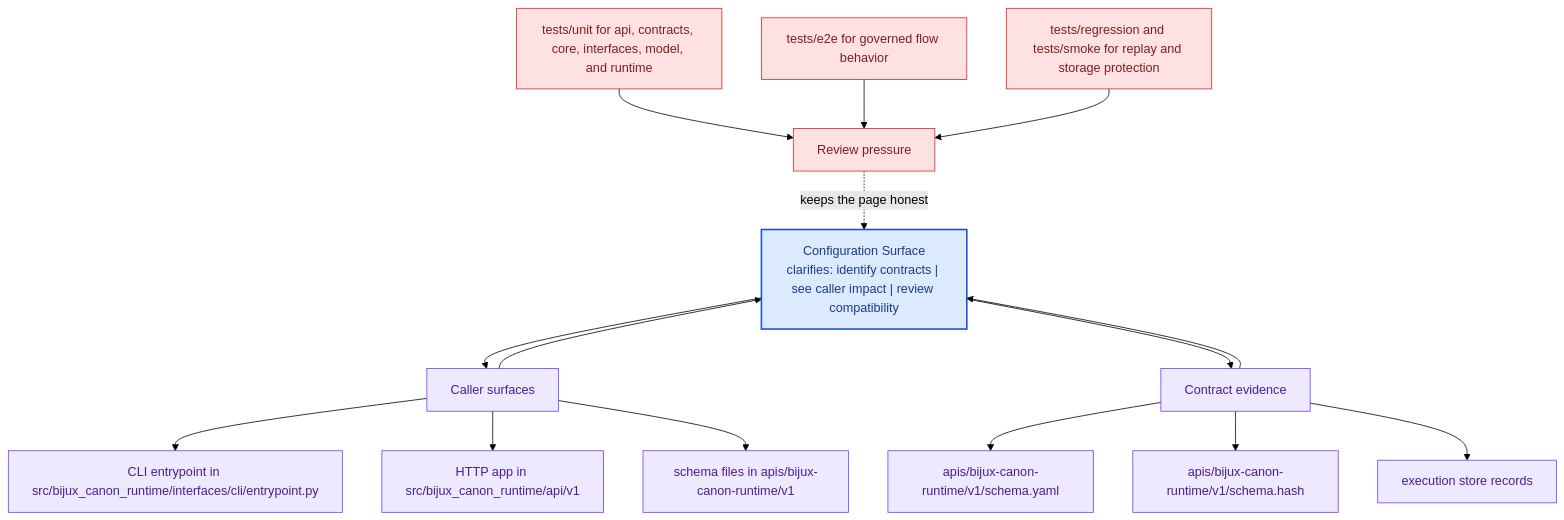
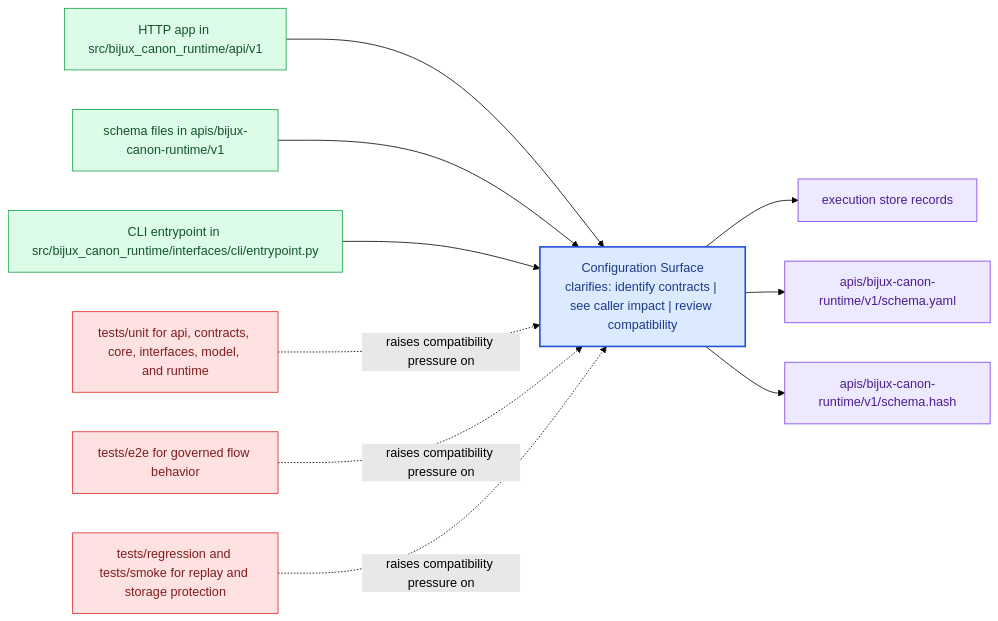
The diagram in docs/bijux-canon-runtime/interfaces/configuration-surface.md (bijux/bijux-canon), drawn with Mermaid (forest theme) before and after one commit. The commit also changed other lines of this file and 281 other files, not shown here.

Commit message:
docs(diagrams): replace repeated mermaid scaffolds with page-specific summaries

````diff
--- a/docs/bijux-canon-runtime/interfaces/configuration-surface.md
+++ b/docs/bijux-canon-runtime/interfaces/configuration-surface.md
@@ -68,41 +23,31 @@
 ```mermaid
-flowchart TB
-    promise["Configuration Surface<br/>clarifies: identify contracts | see caller impact | review compatibility"]
-    classDef promise fill:#dbeafe,stroke:#1d4ed8,color:#1e3a8a,stroke-width:2px;
-    classDef driver fill:#dcfce7,stroke:#16a34a,color:#14532d;
-    classDef constraint fill:#fee2e2,stroke:#dc2626,color:#7f1d1d;
-    classDef ground fill:#ede9fe,stroke:#7c3aed,color:#4c1d95;
-    focus1["Caller surfaces"]
-    focus1 --> promise
-    promise --> focus1
-    focus1_1["CLI entrypoint in src/bijux_canon_runtime/interfaces/cli/entrypoint.py"]
-    focus1 --> focus1_1
-    focus1_2["HTTP app in src/bijux_canon_runtime/api/v1"]
-    focus1 --> focus1_2
-    focus1_3["schema files in apis/bijux-canon-runtime/v1"]
-    focus1 --> focus1_3
-    class focus1 ground;
-    class focus1_1,focus1_2,focus1_3 ground;
-    focus2["Contract evidence"]
-    focus2 --> promise
-    promise --> focus2
-    focus2_1["apis/bijux-canon-runtime/v1/schema.yaml"]
-    focus2 --> focus2_1
-    focus2_2["apis/bijux-canon-runtime/v1/schema.hash"]
-    focus2 --> focus2_2
-    focus2_3["execution store records"]
-    focus2 --> focus2_3
-    class focus2 ground;
-    class focus2_1,focus2_2,focus2_3 ground;
-    focus3["Review pressure"]
-    focus3 -.keeps the page honest.-> promise
-    focus3_1["tests/unit for api, contracts, core, interfaces, model, and runtime"]
-    focus3_1 --> focus3
-    focus3_2["tests/e2e for governed flow behavior"]
-    focus3_2 --> focus3
-    focus3_3["tests/regression and tests/smoke for replay and storage protection"]
-    focus3_3 --> focus3
-    class focus3 constraint;
-    class focus3_1,focus3_2,focus3_3 constraint;
-    class promise promise;
+flowchart LR
+    page["Configuration Surface<br/>clarifies: identify contracts | see caller impact | review compatibility"]
+    classDef page fill:#dbeafe,stroke:#1d4ed8,color:#1e3a8a,stroke-width:2px;
+    classDef positive fill:#dcfce7,stroke:#16a34a,color:#14532d;
+    classDef caution fill:#fee2e2,stroke:#dc2626,color:#7f1d1d;
+    classDef anchor fill:#ede9fe,stroke:#7c3aed,color:#4c1d95;
+    classDef action fill:#fef3c7,stroke:#d97706,color:#7c2d12;
+    surface1["HTTP app in src/bijux_canon_runtime/api/v1"]
+    surface1 --> page
+    surface2["schema files in apis/bijux-canon-runtime/v1"]
+    surface2 --> page
+    surface3["CLI entrypoint in src/bijux_canon_runtime/interfaces/cli/entrypoint.py"]
+    surface3 --> page
+    proof1["execution store records"]
+    page --> proof1
+    proof2["apis/bijux-canon-runtime/v1/schema.yaml"]
+    page --> proof2
+    proof3["apis/bijux-canon-runtime/v1/schema.hash"]
+    page --> proof3
+    review1["tests/unit for api, contracts, core, interfaces, model, and runtime"]
+    review1 -.raises compatibility pressure on.-> page
+    review2["tests/e2e for governed flow behavior"]
+    review2 -.raises compatibility pressure on.-> page
+    review3["tests/regression and tests/smoke for replay and storage protection"]
+    review3 -.raises compatibility pressure on.-> page
+    class page page;
+    class surface1,surface2,surface3 positive;
+    class proof1,proof2,proof3 anchor;
+    class review1,review2,review3 caution;
 ```
````
